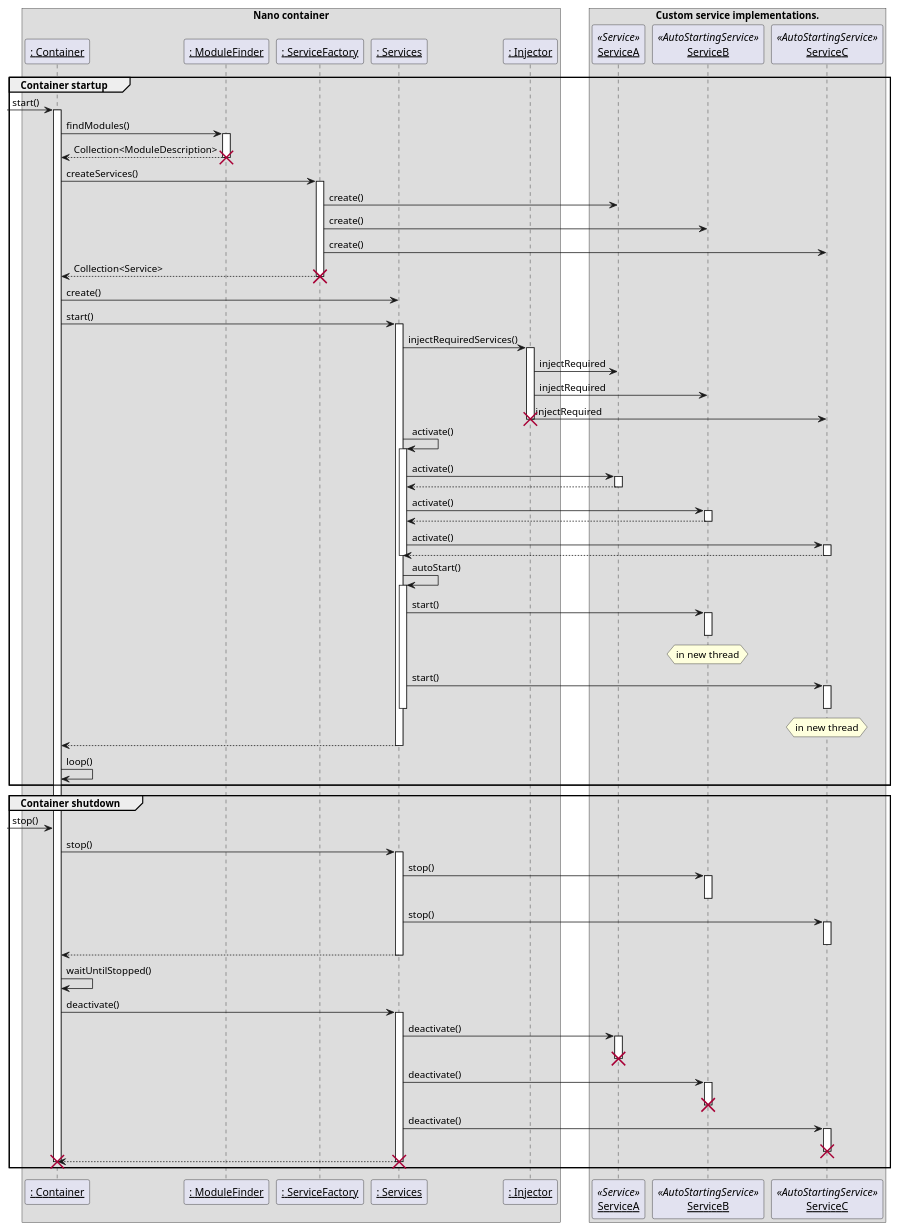
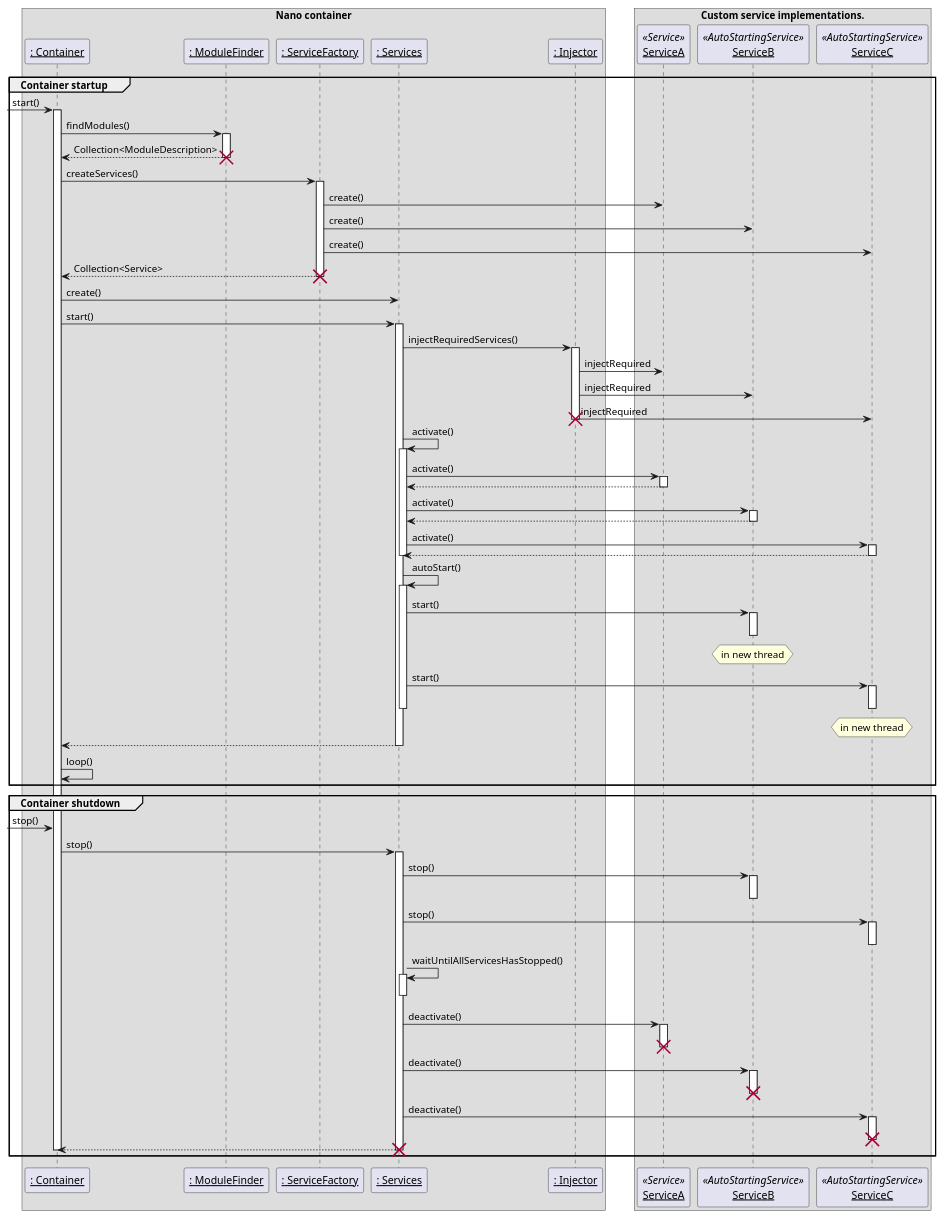
The diagram in images/container_sequence.puml (Weltraumschaf/nano), drawn with PlantUML before and after one commit.

Commit message:
Add wait until stop to diagram

```diff
--- a/images/container_sequence.puml
+++ b/images/container_sequence.puml
@@ -1,132 +1,130 @@
 @startuml Container Lifecycle Sequence
 skinparam componentStyle uml2
 skinparam sequenceParticipant underline
 
 box "Nano container"
 participant ": Container" as Container
 participant ": ModuleFinder" as ModuleFinder
 participant ": ServiceFactory" as ServiceFactory
 participant ": Services" as Services
 participant ": Injector" as Injector
 end box
 
 box "Custom service implementations."
 participant ServiceA << Service >>
 participant ServiceB << AutoStartingService >>
 participant ServiceC << AutoStartingService >>
 end box
 
 group Container startup
     [-> Container: start()
     activate Container
 
     Container -> ModuleFinder: findModules()
     activate ModuleFinder
     Container <-- ModuleFinder: Collection<ModuleDescription>
     deactivate ModuleFinder
     destroy ModuleFinder
 
     Container -> ServiceFactory: createServices()
     activate ServiceFactory
 
     ServiceFactory -> ServiceA: create()
     ServiceFactory -> ServiceB: create()
     ServiceFactory -> ServiceC: create()
     Container <-- ServiceFactory: Collection<Service>
     deactivate ServiceFactory
     destroy ServiceFactory
 
     Container -> Services: create()
     Container -> Services: start()
     activate Services
 
     Services -> Injector: injectRequiredServices()
     activate Injector
     Injector -> ServiceA: injectRequired
     Injector -> ServiceB: injectRequired
     Injector -> ServiceC: injectRequired
     deactivate Injector
     destroy Injector
 
     Services -> Services: activate()
     activate Services
 
     Services -> ServiceA: activate()
     activate ServiceA
     ServiceA --> Services
     deactivate ServiceA
 
     Services -> ServiceB: activate()
     activate ServiceB
     ServiceB --> Services
     deactivate ServiceB
 
     Services -> ServiceC: activate()
     activate ServiceC
     ServiceC --> Services
     deactivate ServiceC
 
     deactivate Services
 
     Services -> Services: autoStart()
     activate Services
 
     Services -> ServiceB: start()
     activate ServiceB
     deactivate ServiceB
     hnote over ServiceB: in new thread
 
     Services -> ServiceC: start()
     activate ServiceC
     deactivate ServiceC
     hnote over ServiceC: in new thread
 
     deactivate Services
 
     Services --> Container
     deactivate Services
 
     Container -> Container: loop()
 end
 
 group Container shutdown
     [-> Container: stop()
     Container -> Services: stop()
     activate Services
     Services -> ServiceB: stop()
     activate ServiceB
     deactivate ServiceB
     Services -> ServiceC: stop()
     activate ServiceC
     deactivate ServiceC
-    Services --> Container
+
+    Services -> Services: waitUntilAllServicesHasStopped()
+    activate Services
     deactivate Services
 
-    Container -> Container: waitUntilStopped()
-
-    Container -> Services: deactivate()
-    activate Services
     Services -> ServiceA: deactivate()
     activate ServiceA
     deactivate ServiceA
     destroy ServiceA
 
     Services -> ServiceB: deactivate()
     activate ServiceB
     deactivate ServiceB
     destroy ServiceB
 
     Services -> ServiceC: deactivate()
     activate ServiceC
     deactivate ServiceC
     destroy ServiceC
 
     Services --> Container
     deactivate Services
     destroy Services
 
+
     deactivate Container
-    destroy Container
 end
 
 @enduml
```
